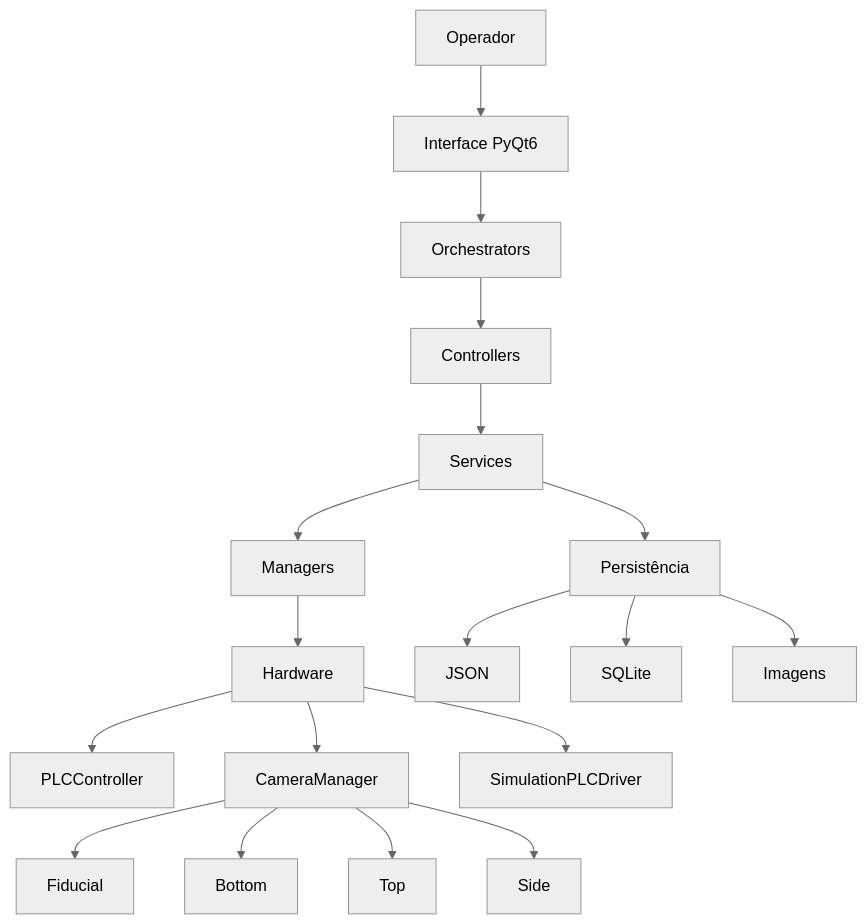
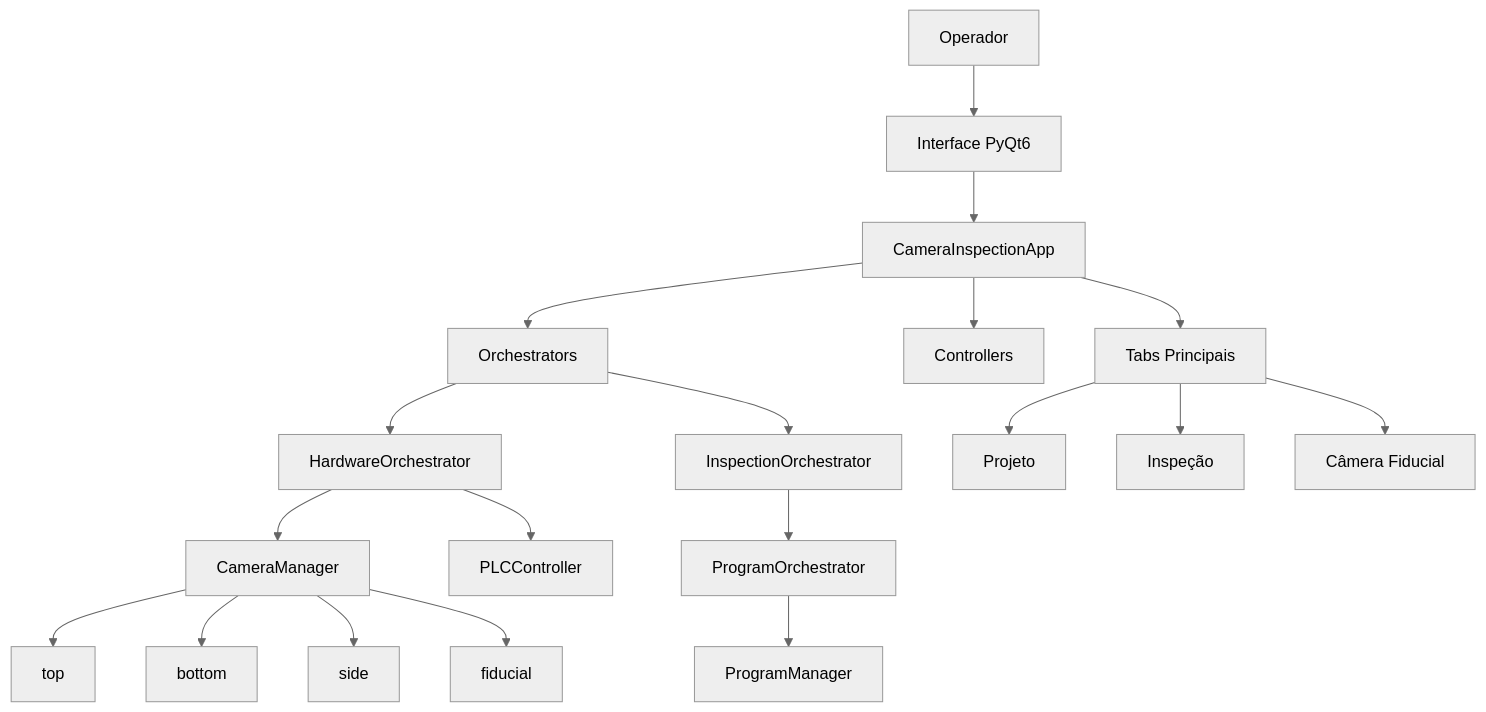
Before and after one commit to mateusdgb/Inspetora_Perifericos_Obsidian: the diagram in visao_geral_planejamento/arquitetura_sistema.md, drawn with Mermaid (neutral theme). The commit also changed other lines of this file and 11 other files, not shown here.

````diff
--- a/visao_geral_planejamento/arquitetura_sistema.md
+++ b/visao_geral_planejamento/arquitetura_sistema.md
@@ -3,24 +16,22 @@
 ```mermaid
 flowchart TD
 
 A[Operador] --> B[Interface PyQt6]
-B --> C[Orchestrators]
-C --> D[Controllers]
-D --> E[Services]
-E --> F[Managers]
-F --> G[Hardware]
-E --> H[Persistência]
-
-G --> G1[PLCController]
-G --> G2[CameraManager]
-G --> G3[SimulationPLCDriver]
-
-H --> H1[JSON]
-H --> H2[SQLite]
-H --> H3[Imagens]
-
-G2 --> C1[Fiducial]
-G2 --> C2[Bottom]
-G2 --> C3[Top]
-G2 --> C4[Side]
+B --> C[CameraInspectionApp]
+C --> D[Orchestrators]
+C --> E[Controllers]
+C --> F[Tabs Principais]
+D --> G[HardwareOrchestrator]
+D --> H[InspectionOrchestrator]
+H --> I[ProgramOrchestrator]
+I --> J[ProgramManager]
+G --> K[CameraManager]
+G --> L[PLCController]
+F --> M[Projeto]
+F --> N[Inspeção]
+F --> O[Câmera Fiducial]
+K --> P[top]
+K --> Q[bottom]
+K --> R[side]
+K --> S[fiducial]
 ```
````
